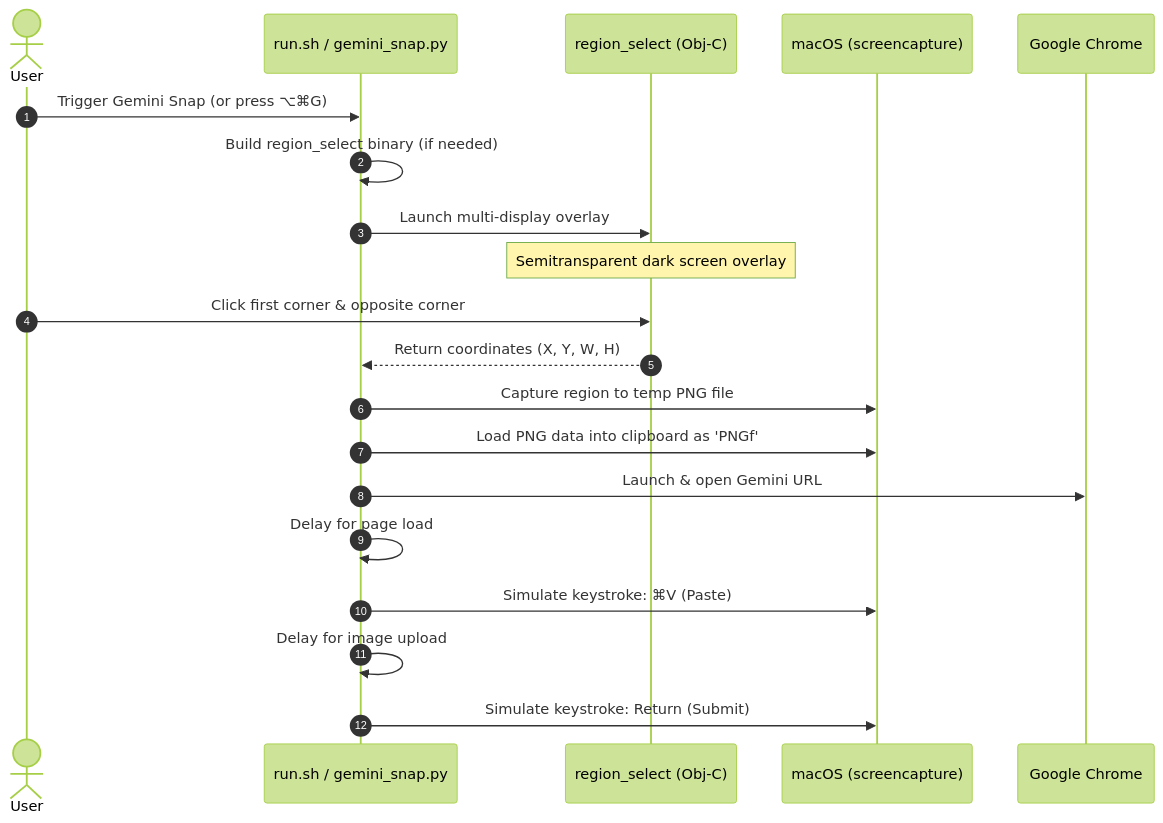
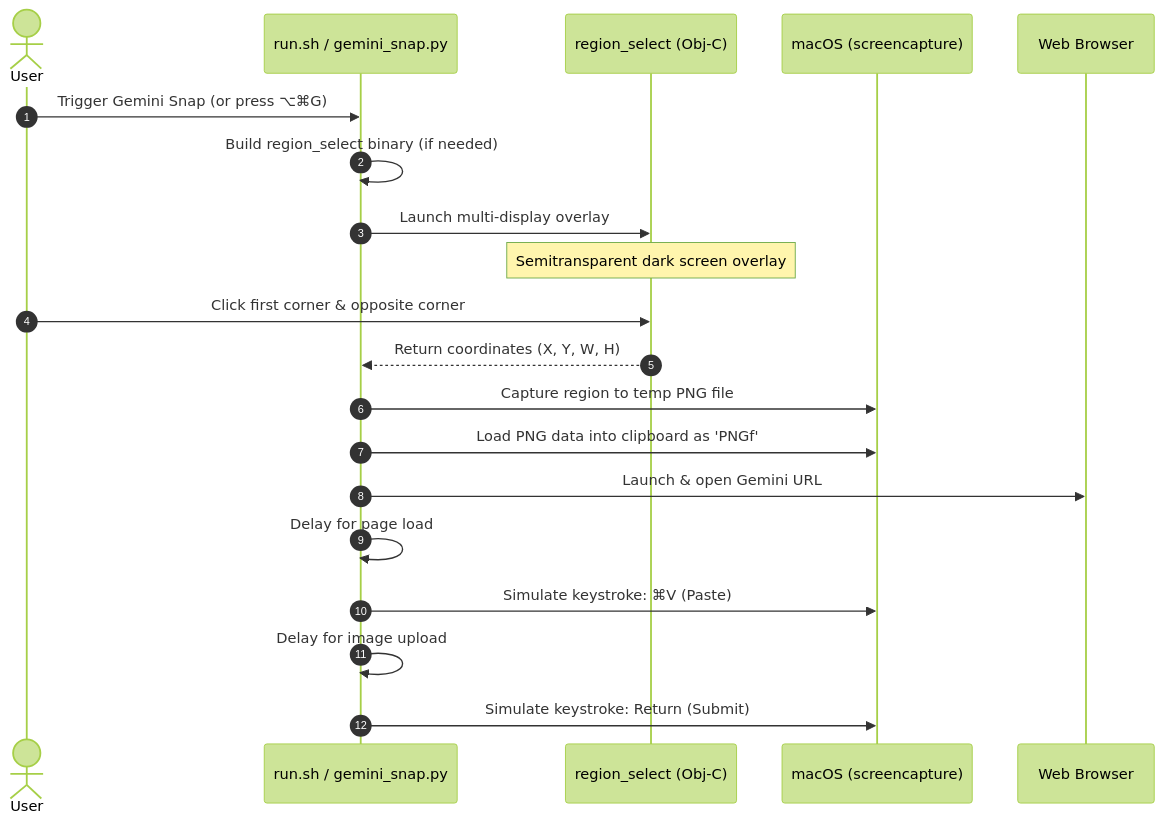
One commit to robertoffmoura/gemini-snap changed the diagram in README.md. Above: the diagram before and after it, drawn with Mermaid (forest theme). The commit also changed other lines of this file, not shown here.

Commit message:
Docs: Update README tagline and sequence diagram for multi-browser support

````diff
--- a/README.md
+++ b/README.md
@@ -11,23 +11,23 @@
 ```mermaid
 sequenceDiagram
 	autonumber
 	actor User
 	participant Script as run.sh / gemini_snap.py
 	participant Overlay as region_select (Obj-C)
 	participant OS as macOS (screencapture)
-	participant Chrome as Google Chrome
+	participant Browser as Web Browser
 
 	User->>Script: Trigger Gemini Snap (or press ⌥⌘G)
 	Script->>Script: Build region_select binary (if needed)
 	Script->>Overlay: Launch multi-display overlay
 	Note over Overlay: Semitransparent dark screen overlay
 	User->>Overlay: Click first corner & opposite corner
 	Overlay-->>Script: Return coordinates (X, Y, W, H)
 	Script->>OS: Capture region to temp PNG file
 	Script->>OS: Load PNG data into clipboard as 'PNGf'
-	Script->>Chrome: Launch & open Gemini URL
+	Script->>Browser: Launch & open Gemini URL
 	Script->>Script: Delay for page load
 	Script->>OS: Simulate keystroke: ⌘V (Paste)
 	Script->>Script: Delay for image upload
 	Script->>OS: Simulate keystroke: Return (Submit)
 ```
````
